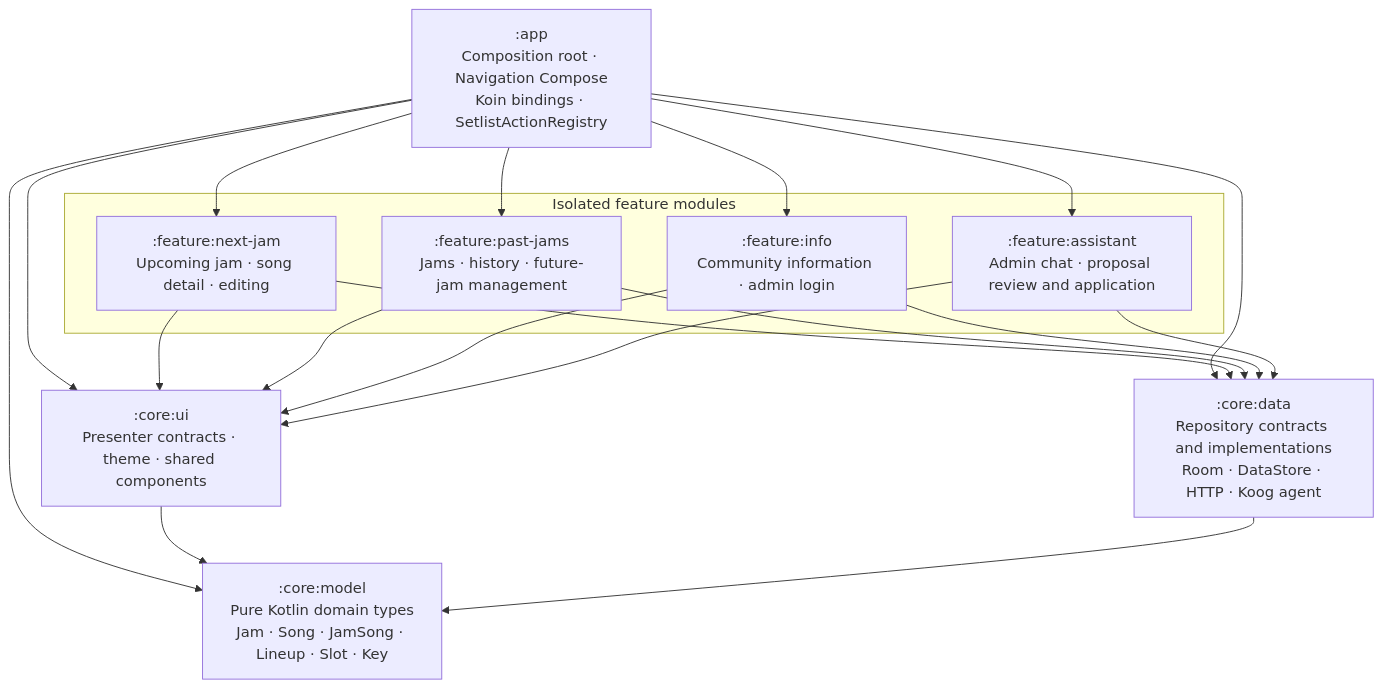
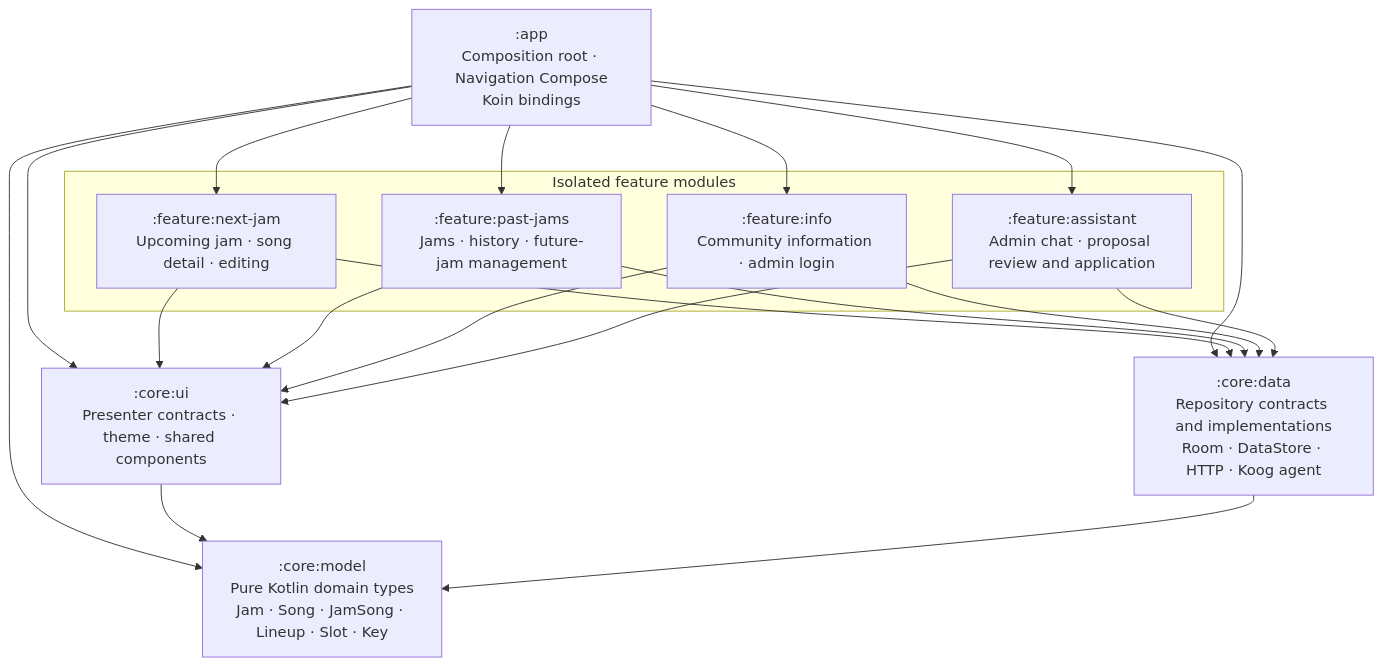
Before and after one commit to elagarrigue/bb-blues-jam: the first of 2 diagrams in docs/architecture.md, drawn with Mermaid. The commit also changed other lines of this file and 36 other files, not shown here.

First line of the commit message:
refactor: complete remove-action-registry

````diff
--- a/docs/architecture.md
+++ b/docs/architecture.md
@@ -11,21 +11,21 @@
 ```mermaid
 flowchart TB
-    app[":app<br/>Composition root · Navigation Compose<br/>Koin bindings · SetlistActionRegistry"]
+    app[":app<br/>Composition root · Navigation Compose<br/>Koin bindings"]
     subgraph features["Isolated feature modules"]
         next[":feature:next-jam<br/>Upcoming jam · song detail · editing"]
         past[":feature:past-jams<br/>Jams · history · future-jam management"]
         info[":feature:info<br/>Community information · admin login"]
         assistant[":feature:assistant<br/>Admin chat · proposal review and application"]
     end
     ui[":core:ui<br/>Presenter contracts · theme · shared components"]
     data[":core:data<br/>Repository contracts and implementations<br/>Room · DataStore · HTTP · Koog agent"]
     model[":core:model<br/>Pure Kotlin domain types<br/>Jam · Song · JamSong · Lineup · Slot · Key"]
     app --> next & past & info & assistant
     app --> ui & data & model
     next --> ui & data
     past --> ui & data
     info --> ui & data
     assistant --> ui & data
     ui --> model
     data --> model
 ```
````
